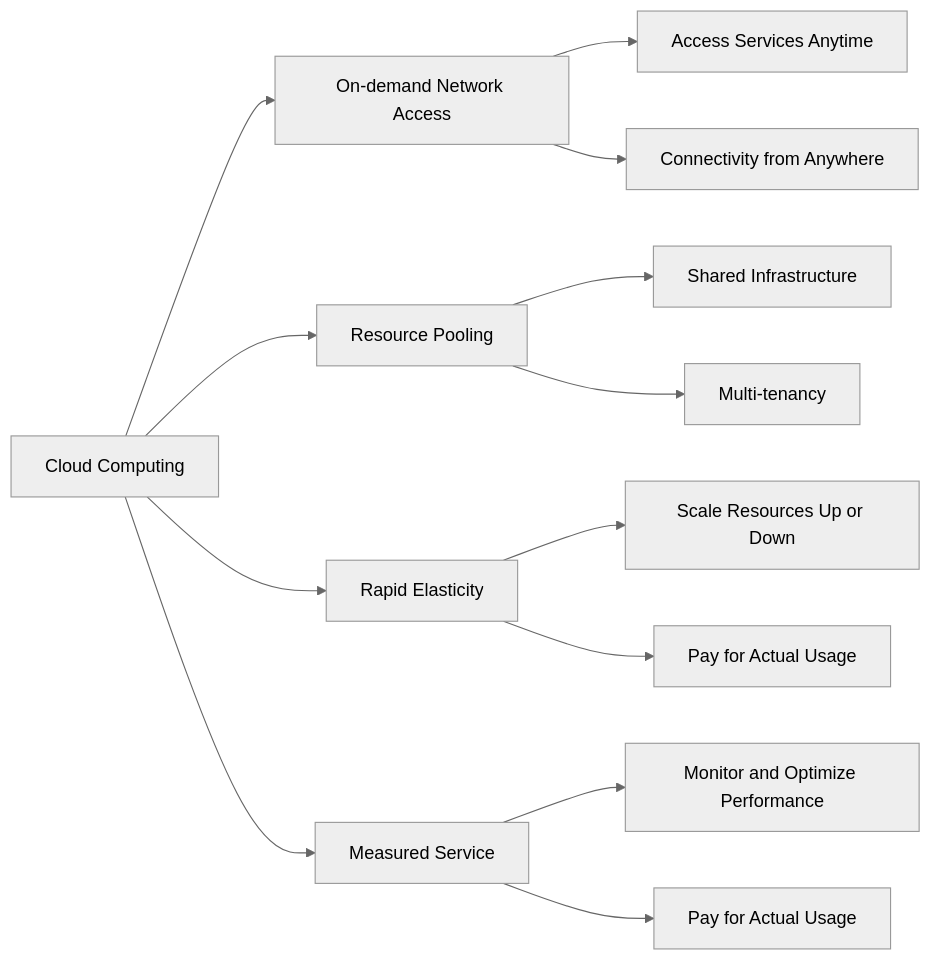
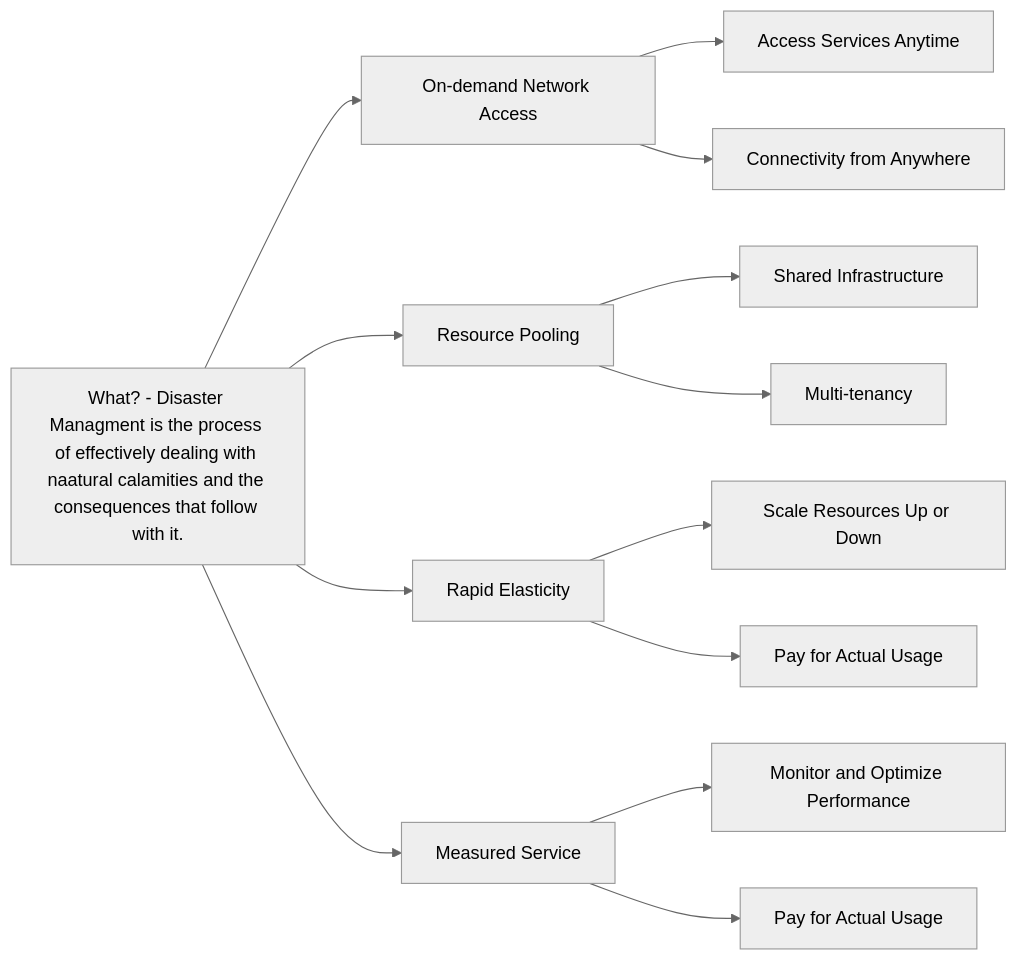
One commit to SivaaB/File_Leak_Detection changed the diagram in flowchart2.md. Above: the diagram before and after it, drawn with Mermaid (neutral theme).

````diff
--- a/flowchart2.md
+++ b/flowchart2.md
@@ -1,15 +1,15 @@
 ```mermaid
 graph LR
-A[Cloud Computing] --> B[On-demand Network Access]
+A[What? - Disaster Managment is the process of effectively dealing with naatural calamities and the consequences that follow with it.] --> B[On-demand Network Access]
 A --> C[Resource Pooling]
 A --> D[Rapid Elasticity]
 A --> E[Measured Service]
 B --> F[Access Services Anytime]
 B --> G[Connectivity from Anywhere]
 C --> H[Shared Infrastructure]
 C --> I[Multi-tenancy]
 D --> J[Scale Resources Up or Down]
 D --> K[Pay for Actual Usage]
 E --> L[Monitor and Optimize Performance]
 E --> M[Pay for Actual Usage]
  ```
````
